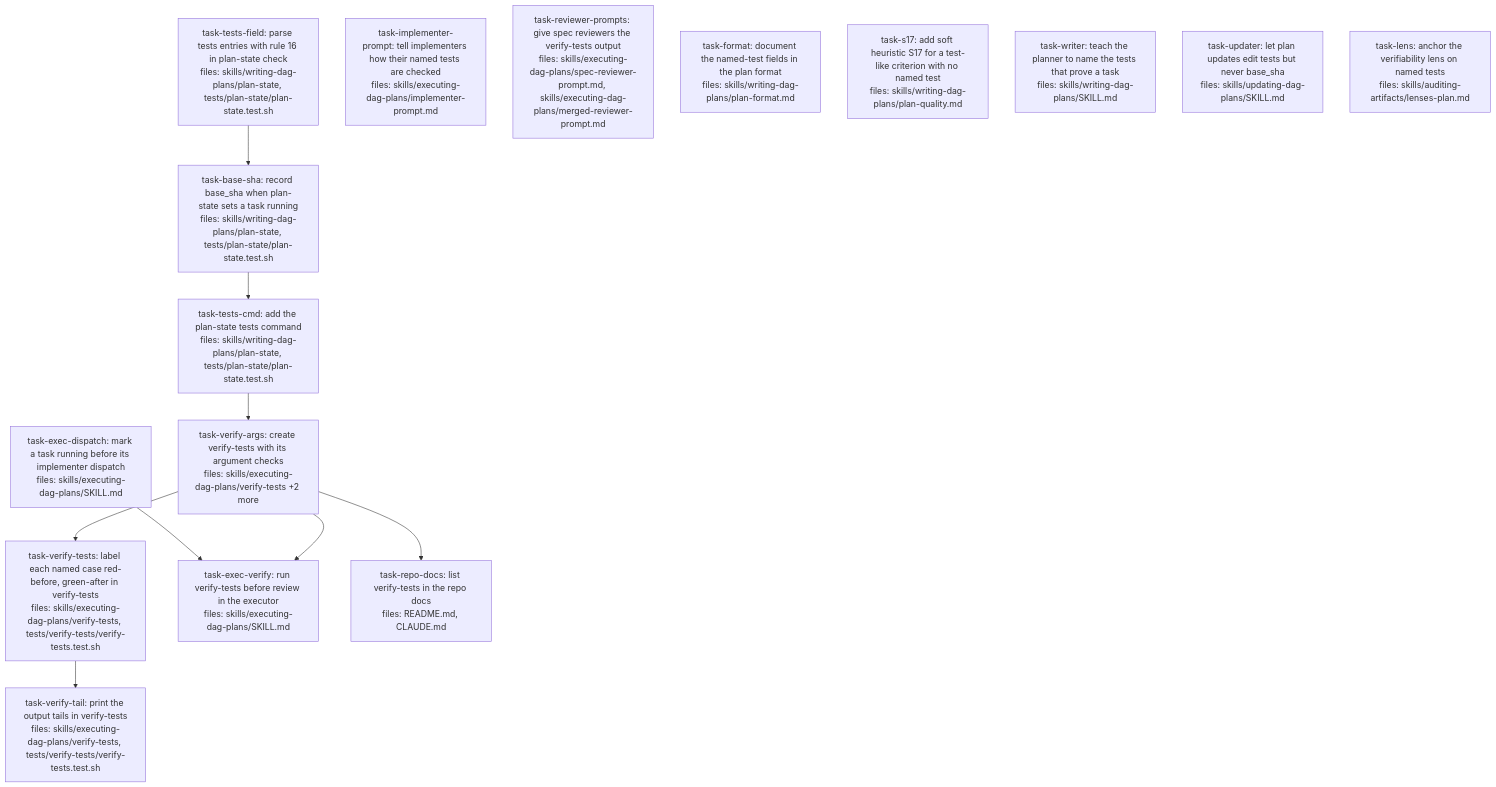
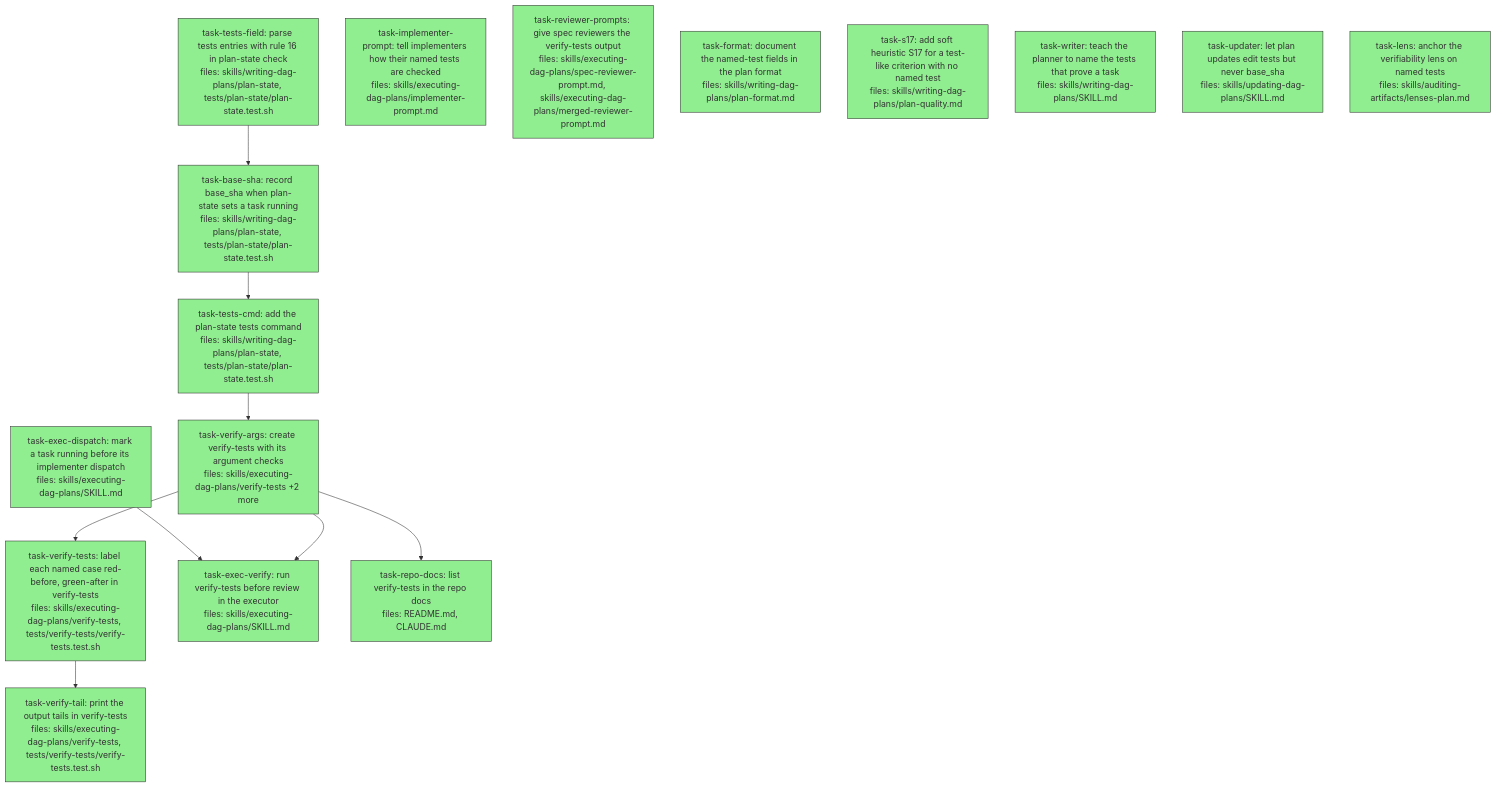
One commit to BrettNye/parallel-dag-execution changed the diagram in docs/superpowers/plans/2026-11-17-named-tests.md. Above: the diagram before and after it, drawn with Mermaid. The commit also changed other lines of this file, not shown here.

Commit message:
chore(plan): record the E3 named-tests plan as done
The executor marks task status in the plan but does not commit it. All 16 tasks finished in the D2 full-2 run.

Claude-Session: https://claude.ai/code/session_01UgksatefWGZcPi2hq8DhRJ

````diff
--- a/docs/superpowers/plans/2026-11-17-named-tests.md
+++ b/docs/superpowers/plans/2026-11-17-named-tests.md
@@ -8,33 +8,33 @@
 ```mermaid
 flowchart TD
-    task-tests-field["task-tests-field: parse tests entries with rule 16 in plan-state check<br/>files: skills/writing-dag-plans/plan-state, tests/plan-state/plan-state.test.sh"]
-    task-base-sha["task-base-sha: record base_sha when plan-state sets a task running<br/>files: skills/writing-dag-plans/plan-state, tests/plan-state/plan-state.test.sh"]
-    task-tests-cmd["task-tests-cmd: add the plan-state tests command<br/>files: skills/writing-dag-plans/plan-state, tests/plan-state/plan-state.test.sh"]
-    task-verify-args["task-verify-args: create verify-tests with its argument checks<br/>files: skills/executing-dag-plans/verify-tests +2 more"]
-    task-verify-tests["task-verify-tests: label each named case red-before, green-after in verify-tests<br/>files: skills/executing-dag-plans/verify-tests, tests/verify-tests/verify-tests.test.sh"]
-    task-verify-tail["task-verify-tail: print the output tails in verify-tests<br/>files: skills/executing-dag-plans/verify-tests, tests/verify-tests/verify-tests.test.sh"]
-    task-exec-dispatch["task-exec-dispatch: mark a task running before its implementer dispatch<br/>files: skills/executing-dag-plans/SKILL.md"]
-    task-exec-verify["task-exec-verify: run verify-tests before review in the executor<br/>files: skills/executing-dag-plans/SKILL.md"]
-    task-implementer-prompt["task-implementer-prompt: tell implementers how their named tests are checked<br/>files: skills/executing-dag-plans/implementer-prompt.md"]
-    task-reviewer-prompts["task-reviewer-prompts: give spec reviewers the verify-tests output<br/>files: skills/executing-dag-plans/spec-reviewer-prompt.md, skills/executing-dag-plans/merged-reviewer-prompt.md"]
-    task-format["task-format: document the named-test fields in the plan format<br/>files: skills/writing-dag-plans/plan-format.md"]
-    task-s17["task-s17: add soft heuristic S17 for a test-like criterion with no named test<br/>files: skills/writing-dag-plans/plan-quality.md"]
-    task-writer["task-writer: teach the planner to name the tests that prove a task<br/>files: skills/writing-dag-plans/SKILL.md"]
-    task-updater["task-updater: let plan updates edit tests but never base_sha<br/>files: skills/updating-dag-plans/SKILL.md"]
-    task-lens["task-lens: anchor the verifiability lens on named tests<br/>files: skills/auditing-artifacts/lenses-plan.md"]
-    task-repo-docs["task-repo-docs: list verify-tests in the repo docs<br/>files: README.md, CLAUDE.md"]
+    task-tests-field["task-tests-field: parse tests entries with rule 16 in plan-state check<br/>files: skills/writing-dag-plans/plan-state, tests/plan-state/plan-state.test.sh"]:::done
+    task-base-sha["task-base-sha: record base_sha when plan-state sets a task running<br/>files: skills/writing-dag-plans/plan-state, tests/plan-state/plan-state.test.sh"]:::done
+    task-tests-cmd["task-tests-cmd: add the plan-state tests command<br/>files: skills/writing-dag-plans/plan-state, tests/plan-state/plan-state.test.sh"]:::done
+    task-verify-args["task-verify-args: create verify-tests with its argument checks<br/>files: skills/executing-dag-plans/verify-tests +2 more"]:::done
+    task-verify-tests["task-verify-tests: label each named case red-before, green-after in verify-tests<br/>files: skills/executing-dag-plans/verify-tests, tests/verify-tests/verify-tests.test.sh"]:::done
+    task-verify-tail["task-verify-tail: print the output tails in verify-tests<br/>files: skills/executing-dag-plans/verify-tests, tests/verify-tests/verify-tests.test.sh"]:::done
+    task-exec-dispatch["task-exec-dispatch: mark a task running before its implementer dispatch<br/>files: skills/executing-dag-plans/SKILL.md"]:::done
+    task-exec-verify["task-exec-verify: run verify-tests before review in the executor<br/>files: skills/executing-dag-plans/SKILL.md"]:::done
+    task-implementer-prompt["task-implementer-prompt: tell implementers how their named tests are checked<br/>files: skills/executing-dag-plans/implementer-prompt.md"]:::done
+    task-reviewer-prompts["task-reviewer-prompts: give spec reviewers the verify-tests output<br/>files: skills/executing-dag-plans/spec-reviewer-prompt.md, skills/executing-dag-plans/merged-reviewer-prompt.md"]:::done
+    task-format["task-format: document the named-test fields in the plan format<br/>files: skills/writing-dag-plans/plan-format.md"]:::done
+    task-s17["task-s17: add soft heuristic S17 for a test-like criterion with no named test<br/>files: skills/writing-dag-plans/plan-quality.md"]:::done
+    task-writer["task-writer: teach the planner to name the tests that prove a task<br/>files: skills/writing-dag-plans/SKILL.md"]:::done
+    task-updater["task-updater: let plan updates edit tests but never base_sha<br/>files: skills/updating-dag-plans/SKILL.md"]:::done
+    task-lens["task-lens: anchor the verifiability lens on named tests<br/>files: skills/auditing-artifacts/lenses-plan.md"]:::done
+    task-repo-docs["task-repo-docs: list verify-tests in the repo docs<br/>files: README.md, CLAUDE.md"]:::done
     task-tests-field --> task-base-sha
     task-base-sha --> task-tests-cmd
     task-tests-cmd --> task-verify-args
     task-verify-args --> task-verify-tests
     task-verify-tests --> task-verify-tail
     task-exec-dispatch --> task-exec-verify
     task-verify-args --> task-exec-verify
     task-verify-args --> task-repo-docs
 
     classDef done fill:#90ee90,stroke:#333
     classDef running fill:#87ceeb,stroke:#333
     classDef ready fill:#fffacd,stroke:#333
     classDef failed fill:#ffb6c1,stroke:#333
     classDef skipped fill:#d3d3d3,stroke:#333,stroke-dasharray: 5 5
 ```
````
